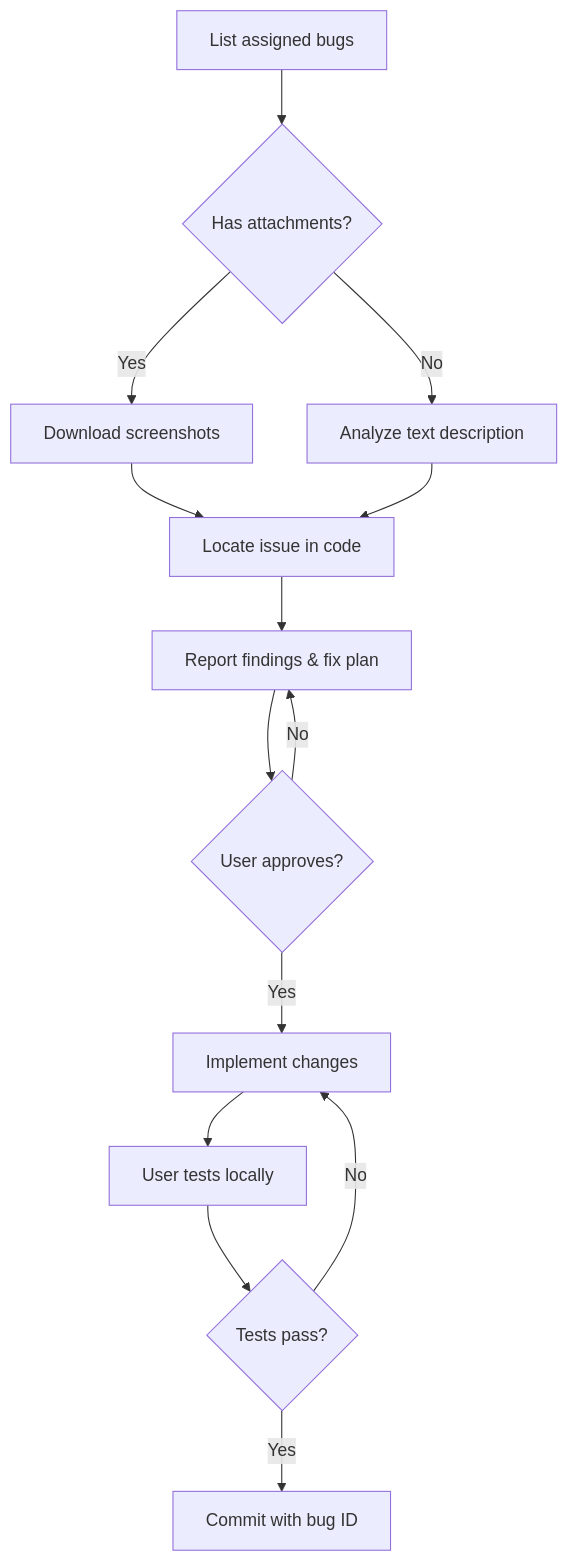
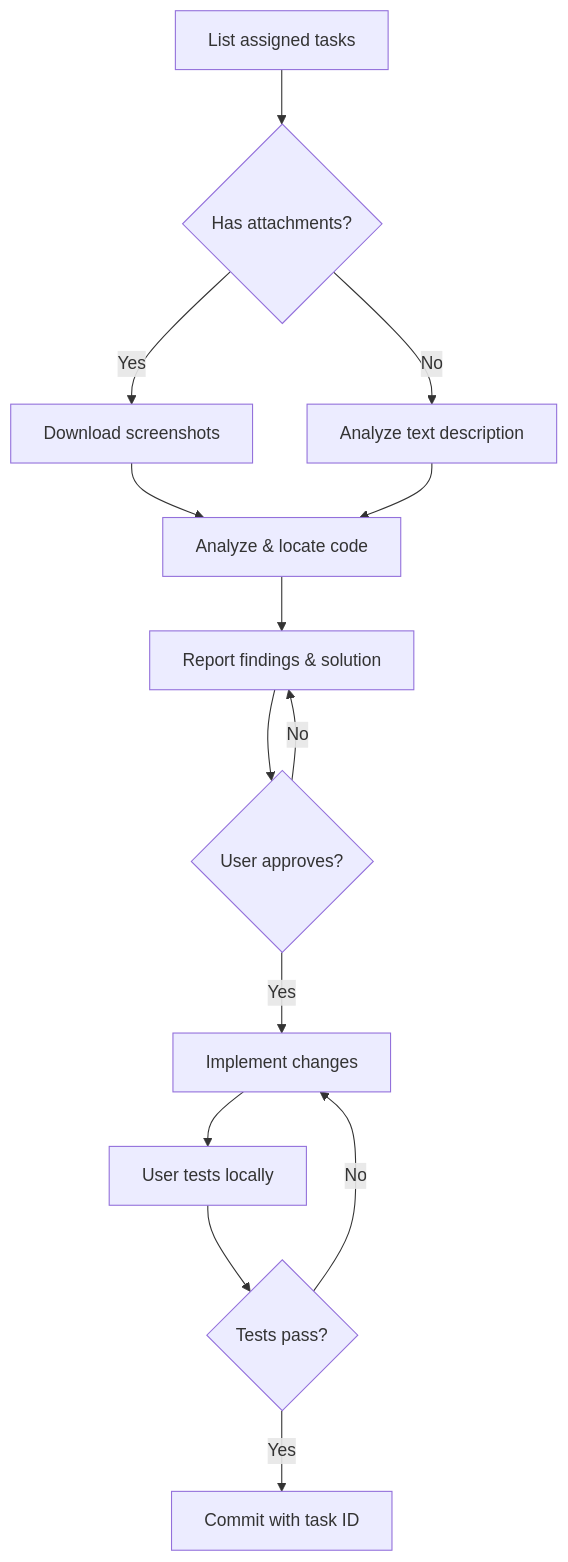
Before and after one commit to huxi965/zentao-automation-flow: the diagram in README.md, drawn with Mermaid. The commit also changed other lines of this file and 12 other files, not shown here.

````diff
--- a/README.md
+++ b/README.md
@@ -111,16 +139,16 @@
 ```mermaid
 graph TD
-    A[List assigned bugs] --> B{Has attachments?}
+    A[List assigned tasks] --> B{Has attachments?}
     B -->|Yes| C[Download screenshots]
     B -->|No| D[Analyze text description]
-    C --> E[Locate issue in code]
+    C --> E[Analyze & locate code]
     D --> E
-    E --> F[Report findings & fix plan]
+    E --> F[Report findings & solution]
     F --> G{User approves?}
     G -->|No| F
     G -->|Yes| H[Implement changes]
     H --> I[User tests locally]
     I --> J{Tests pass?}
     J -->|No| H
-    J -->|Yes| K[Commit with bug ID]
+    J -->|Yes| K[Commit with task ID]
 ```
````
